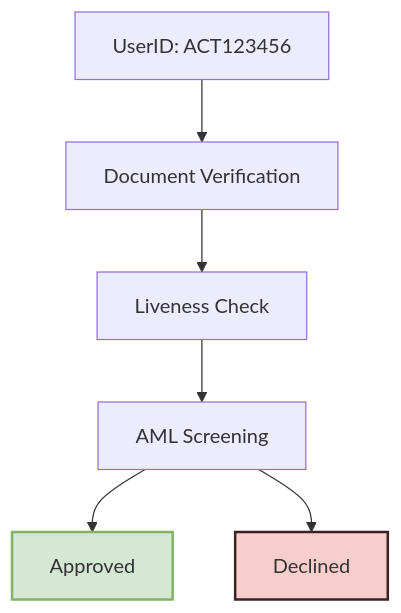
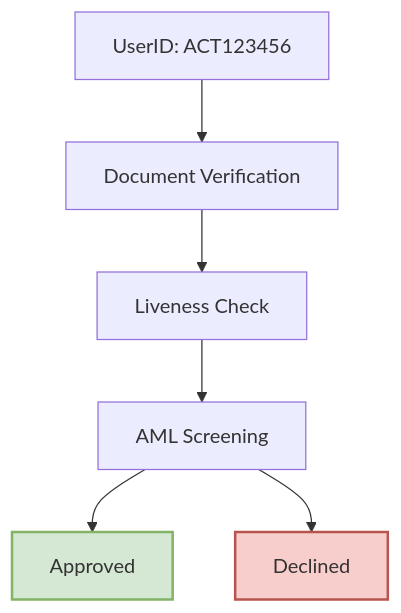
One commit to Fantastic-Devs/Mintlify changed the diagram in id/id.mdx. Above: the diagram before and after it, drawn with Mermaid.

````diff
--- a/id/id.mdx
+++ b/id/id.mdx
@@ -17,18 +17,18 @@
 ```mermaid
 
 graph TB;
     A["UserID: ACT123456"];
     B["Document Verification"];
     C["Liveness Check"];
     D["AML Screening"];
     E["Approved"];
     F["Declined"];
     A--> B;
     B--> C;
     C--> D;
     D--> E & F;
 
 style E fill:#d5e8d4,stroke:#82b366,stroke-width:2px
-style F fill:#f8cecc,stroke:#3b2221,stroke-width:2px
+style F fill:#f8cecc,stroke:#b85450,stroke-width:2px
 
 ```
````
